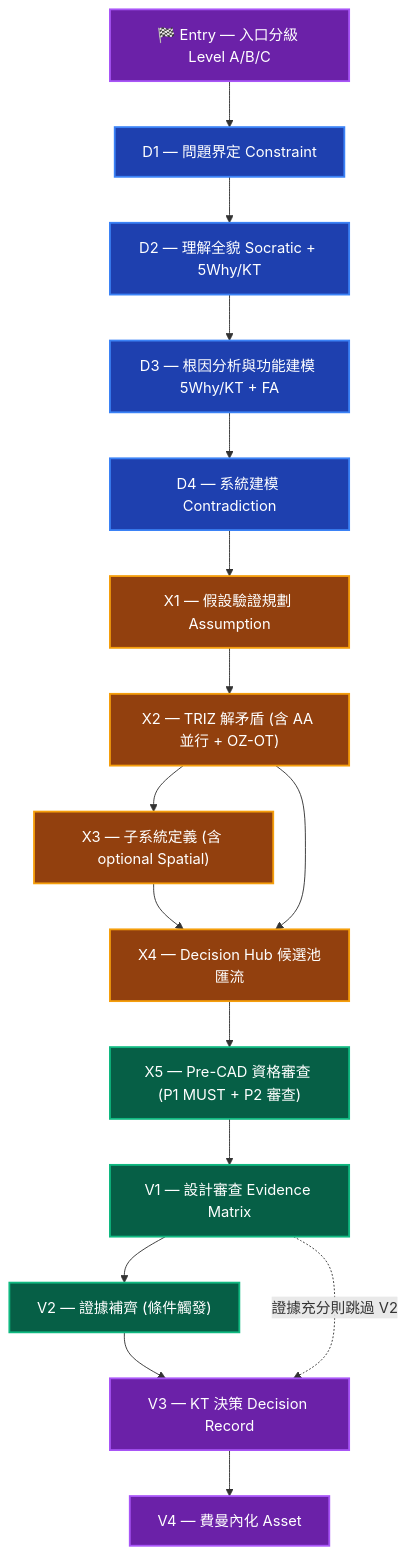
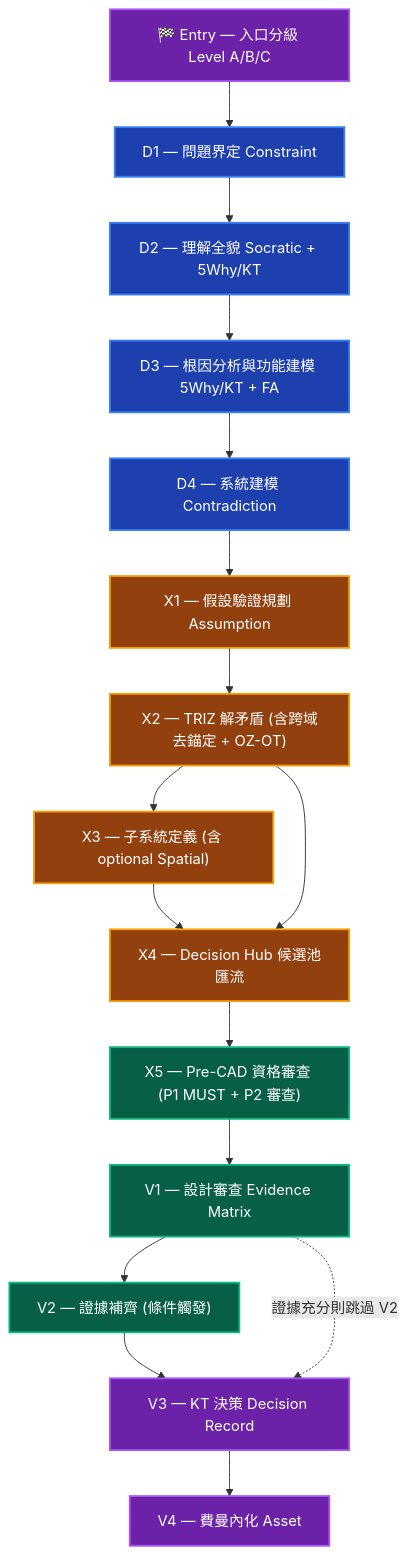
One commit to Zenobia0000/RD_copilot_system changed the first of 5 diagrams in docs/01-define/E3--system-interaction-flow.md. Above: the diagram before and after it, drawn with Mermaid. The commit also changed other lines of this file and 80 other files, not shown here.

````diff
--- a/docs/01-define/E3--system-interaction-flow.md
+++ b/docs/01-define/E3--system-interaction-flow.md
@@ -55,50 +60,50 @@
 ```mermaid
 graph TD
     %% ── Define 階段 ──
     S0["🏁 Entry — 入口分級 Level A/B/C"]
     D1["D1 — 問題界定 Constraint"]
     D2["D2 — 理解全貌 Socratic + 5Why/KT"]
     D3["D3 — 根因分析與功能建模 5Why/KT + FA"]
     D4["D4 — 系統建模 Contradiction"]
 
     S0 --> D1 --> D2 --> D3 --> D4
 
     %% ── eXplore 階段 ──
     X1["X1 — 假設驗證規劃 Assumption"]
-    X2["X2 — TRIZ 解矛盾 (含 AA 並行 + OZ-OT)"]
+    X2["X2 — TRIZ 解矛盾 (含跨域去錨定 + OZ-OT)"]
     X3["X3 — 子系統定義 (含 optional Spatial)"]
     X4["X4 — Decision Hub 候選池匯流"]
     X5["X5 — Pre-CAD 資格審查 (P1 MUST + P2 審查)"]
 
     D4 --> X1 --> X2
     X2 --> X3 --> X4
     X2 --> X4
     X4 --> X5
 
     %% ── Verify 階段 ──
     V1["V1 — 設計審查 Evidence Matrix"]
     V2["V2 — 證據補齊 (條件觸發)"]
     V3["V3 — KT 決策 Decision Record"]
     V4["V4 — 費曼內化 Asset"]
 
     X5 --> V1
     V1 --> V2 --> V3
     V1 -.->|"證據充分則跳過 V2"| V3
     V3 --> V4
 
     %% ── 樣式：深色填充 + 白字，暗色背景友好 ──
     style S0 fill:#6B21A8,color:#fff,stroke:#A855F7,stroke-width:2px
     style D1 fill:#1E40AF,color:#fff,stroke:#3B82F6,stroke-width:2px
     style D2 fill:#1E40AF,color:#fff,stroke:#3B82F6,stroke-width:2px
     style D3 fill:#1E40AF,color:#fff,stroke:#3B82F6,stroke-width:2px
     style D4 fill:#1E40AF,color:#fff,stroke:#3B82F6,stroke-width:2px
     style X1 fill:#92400E,color:#fff,stroke:#F59E0B,stroke-width:2px
     style X2 fill:#92400E,color:#fff,stroke:#F59E0B,stroke-width:2px
     style X3 fill:#92400E,color:#fff,stroke:#F59E0B,stroke-width:2px
     style X4 fill:#92400E,color:#fff,stroke:#F59E0B,stroke-width:2px
     style X5 fill:#065F46,color:#fff,stroke:#10B981,stroke-width:2px
     style V1 fill:#065F46,color:#fff,stroke:#10B981,stroke-width:2px
     style V2 fill:#065F46,color:#fff,stroke:#10B981,stroke-width:2px
     style V3 fill:#6B21A8,color:#fff,stroke:#A855F7,stroke-width:2px
     style V4 fill:#6B21A8,color:#fff,stroke:#A855F7,stroke-width:2px
 ```
````
